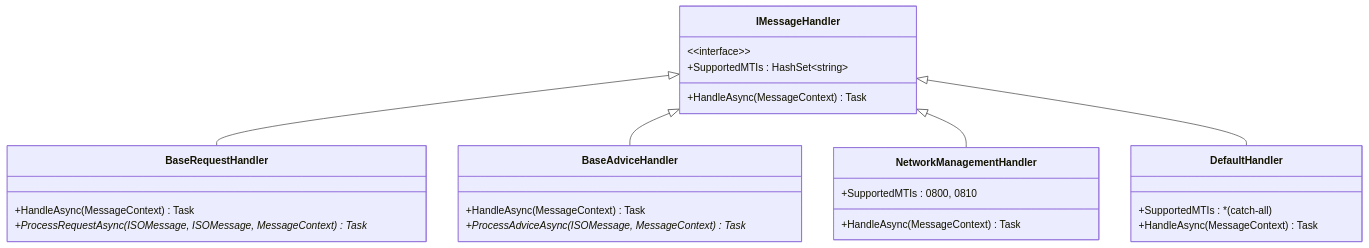
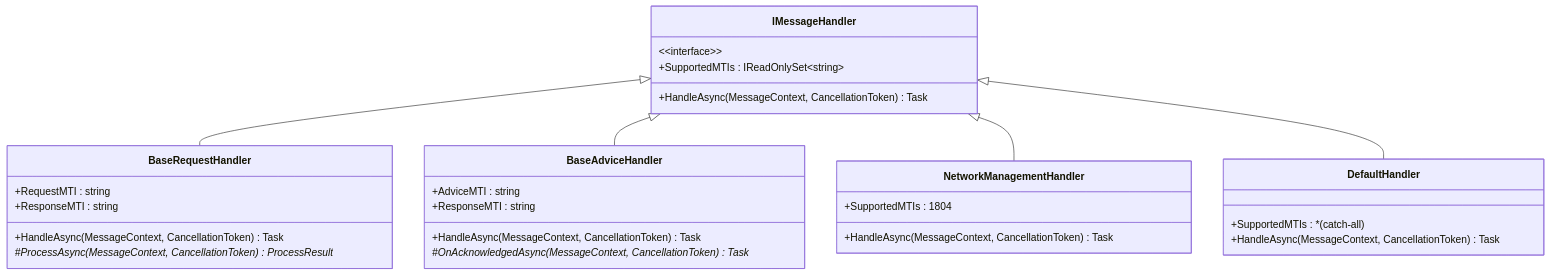
Before and after one commit to nikmes/iso8583net: the second of 2 diagrams in README.md, drawn with Mermaid. The commit also changed other lines of this file, not shown here.

````diff
--- a/README.md
+++ b/README.md
@@ -244,29 +301,33 @@
 ```mermaid
 classDiagram
     class IMessageHandler {
         &lt;&lt;interface&gt;&gt;
-        +SupportedMTIs : HashSet&lt;string&gt;
-        +HandleAsync(MessageContext) Task
+        +SupportedMTIs : IReadOnlySet&lt;string&gt;
+        +HandleAsync(MessageContext, CancellationToken) Task
     }
     class BaseRequestHandler {
-        +HandleAsync(MessageContext) Task
-        +ProcessRequestAsync(ISOMessage, ISOMessage, MessageContext) Task*
+        +RequestMTI : string
+        +ResponseMTI : string
+        +HandleAsync(MessageContext, CancellationToken) Task
+        #ProcessAsync(MessageContext, CancellationToken) ProcessResult*
     }
     class BaseAdviceHandler {
-        +HandleAsync(MessageContext) Task
-        +ProcessAdviceAsync(ISOMessage, MessageContext) Task*
+        +AdviceMTI : string
+        +ResponseMTI : string
+        +HandleAsync(MessageContext, CancellationToken) Task
+        #OnAcknowledgedAsync(MessageContext, CancellationToken) Task*
     }
     class NetworkManagementHandler {
-        +SupportedMTIs : 0800, 0810
-        +HandleAsync(MessageContext) Task
+        +SupportedMTIs : 1804
+        +HandleAsync(MessageContext, CancellationToken) Task
     }
     class DefaultHandler {
         +SupportedMTIs : * (catch-all)
-        +HandleAsync(MessageContext) Task
+        +HandleAsync(MessageContext, CancellationToken) Task
     }
 
     IMessageHandler <|-- BaseRequestHandler
     IMessageHandler <|-- BaseAdviceHandler
     IMessageHandler <|-- NetworkManagementHandler
     IMessageHandler <|-- DefaultHandler
 ```
````
